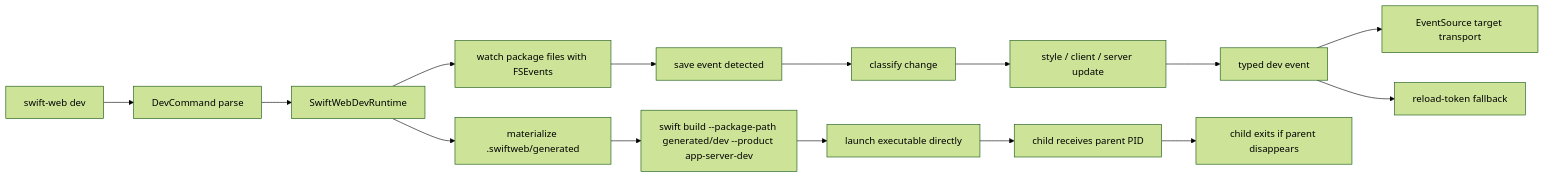
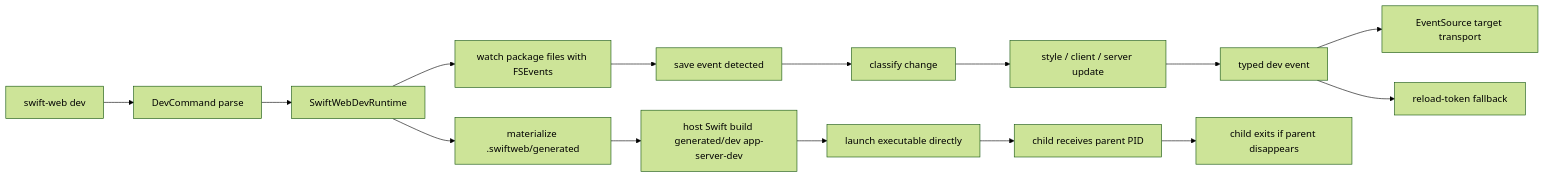
One commit to 1amageek/swift-web changed the third of 8 diagrams in Sources/SwiftWebCLI/README.md. Above: the diagram before and after it, drawn with Mermaid (forest theme). The commit also changed other lines of this file and 70 other files, not shown here.

Commit message:
Update SwiftWebUI storyboard and WASM build tooling

````diff
--- a/Sources/SwiftWebCLI/README.md
+++ b/Sources/SwiftWebCLI/README.md
@@ -60,17 +60,17 @@
 ```mermaid
 flowchart LR
   A["swift-web dev"] --> B["DevCommand parse"]
   B --> C["SwiftWebDevRuntime"]
   C --> D["materialize .swiftweb/generated"]
-  D --> E["swift build --package-path generated/dev --product app-server-dev"]
+  D --> E["host Swift build generated/dev app-server-dev"]
   E --> F["launch executable directly"]
   C --> G["watch package files with FSEvents"]
   G --> H["save event detected"]
   H --> I["classify change"]
   I --> J["style / client / server update"]
   J --> T["typed dev event"]
   T --> L["EventSource target transport"]
   T --> M["reload-token fallback"]
   F --> P["child receives parent PID"]
   P --> N["child exits if parent disappears"]
 ```
````
